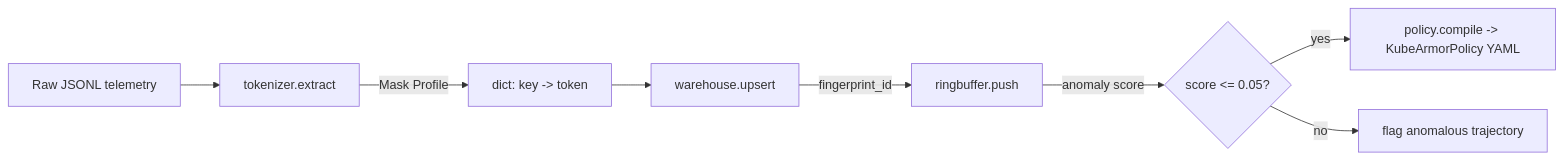
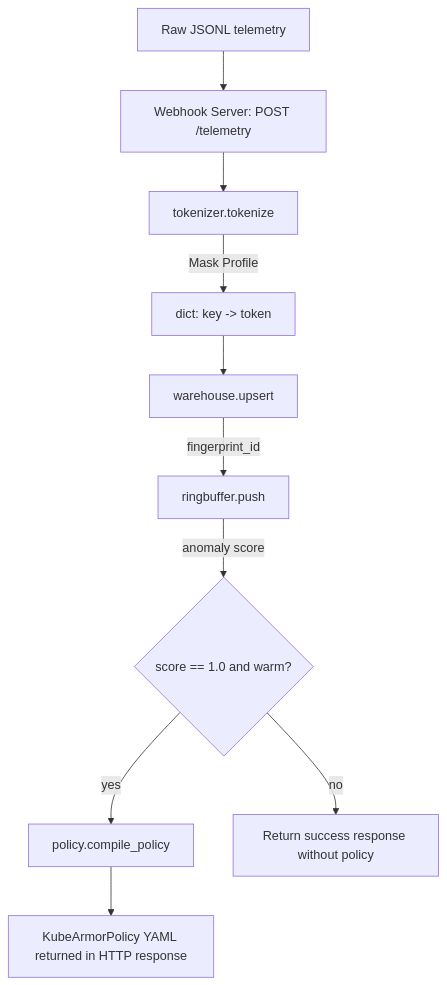
One commit to drusifer/fingerling changed the diagram in docs/ARCH.md. Above: the diagram before and after it, drawn with Mermaid. The commit also changed other lines of this file and 43 other files, not shown here.

````diff
--- a/docs/ARCH.md
+++ b/docs/ARCH.md
@@ -37,10 +25,12 @@
 ```mermaid
-flowchart LR
-    A[Raw JSONL telemetry] --> B[tokenizer.extract]
-    B -- Mask Profile --> C[dict: key -> token]
-    C --> D[warehouse.upsert]
-    D -- fingerprint_id --> E[ringbuffer.push]
-    E -- anomaly score --> F{score <= 0.05?}
-    F -- yes --> G[policy.compile -> KubeArmorPolicy YAML]
-    F -- no --> H[flag anomalous trajectory]
+flowchart TD
+    A[Raw JSONL telemetry] --> B[Webhook Server: POST /telemetry]
+    B --> C[tokenizer.tokenize]
+    C -- Mask Profile --> D[dict: key -> token]
+    D --> E[warehouse.upsert]
+    E -- fingerprint_id --> F[ringbuffer.push]
+    F -- anomaly score --> G{score == 1.0 and warm?}
+    G -- yes --> H[policy.compile_policy]
+    H --> I[KubeArmorPolicy YAML returned in HTTP response]
+    G -- no --> J[Return success response without policy]
 ```
````
